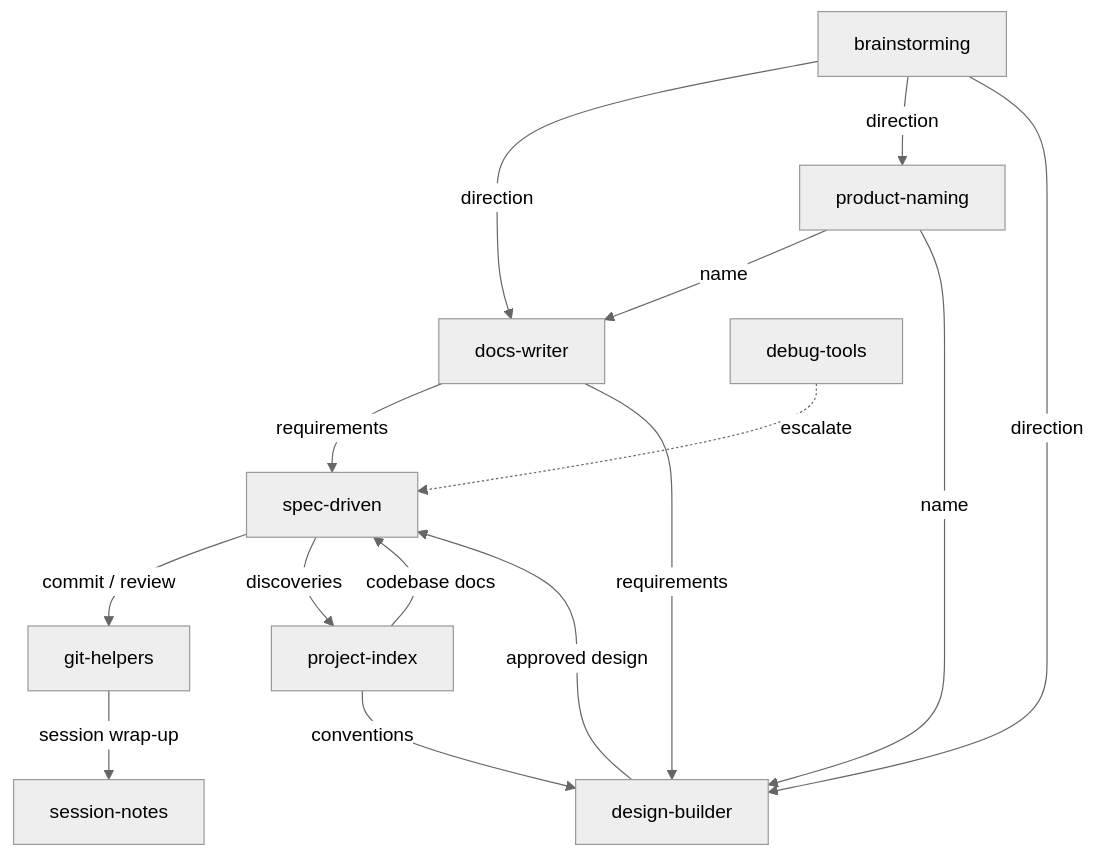
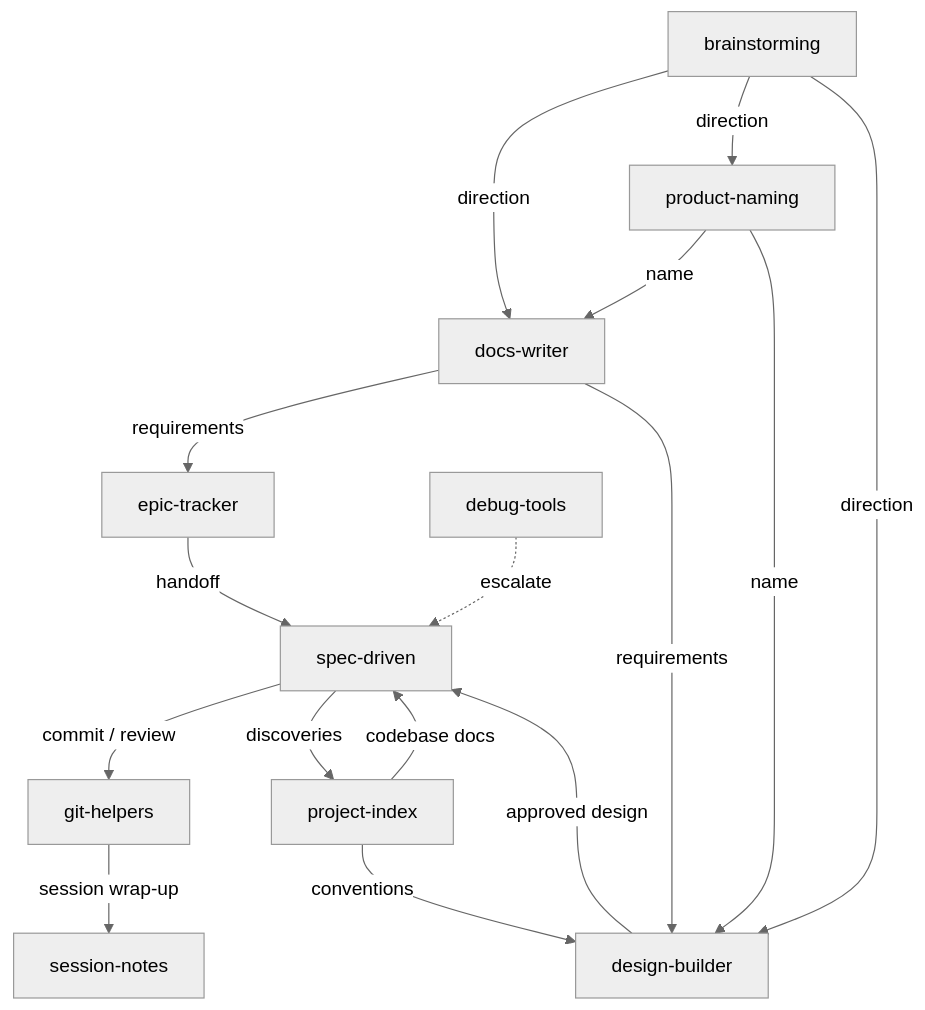
Before and after one commit to adeonir/agent-skills: the diagram in README.md, drawn with Mermaid (neutral theme). The commit also changed other lines of this file and 14 other files, not shown here.

First line of the commit message:
feat: add epic-tracker skill for delivery lifecycle management

````diff
--- a/README.md
+++ b/README.md
@@ -35,17 +36,18 @@
 ```mermaid
 flowchart TD
     BR[brainstorming] -->|direction| DW[docs-writer]
     BR -->|direction| PN[product-naming]
     BR -->|direction| DB[design-builder]
     PN -->|name| DW
     PN -->|name| DB
-    DW -->|requirements| SD[spec-driven]
+    DW -->|requirements| ET[epic-tracker]
     DW -->|requirements| DB[design-builder]
+    ET -->|handoff| SD[spec-driven]
     PI[project-index] -->|codebase docs| SD
     PI -->|conventions| DB
     DB -->|approved design| SD
     SD -->|commit / review| GH[git-helpers]
     SD -->|discoveries| PI
     GH -->|session wrap-up| SN[session-notes]
     DT[debug-tools] -.->|escalate| SD
 ```
````
